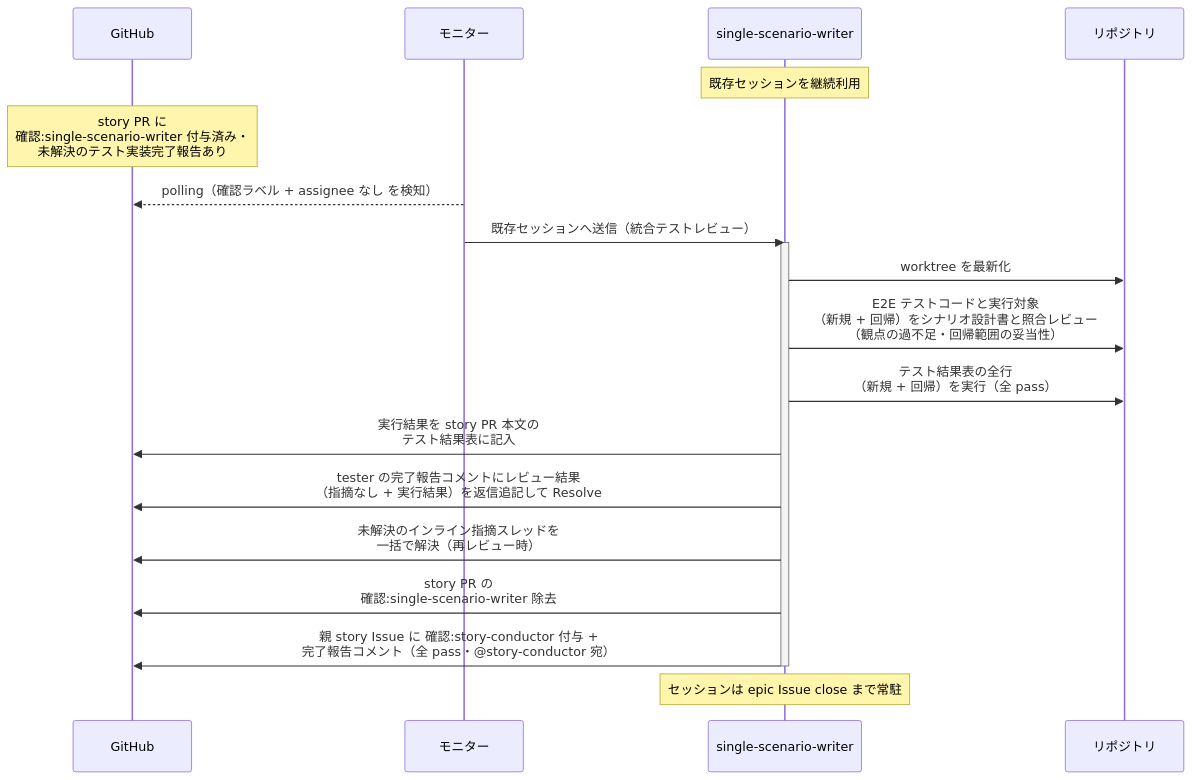
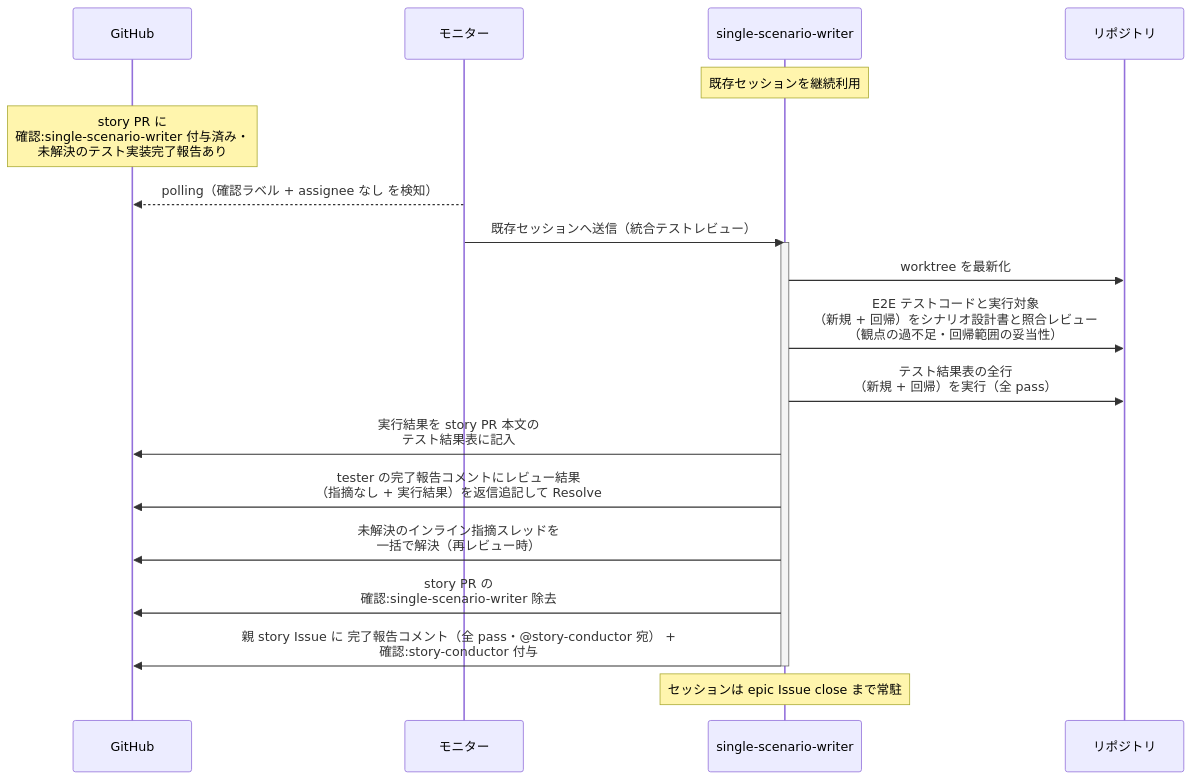
The first of 5 diagrams in docs/wiki/設計図/シナリオ/単一ユースケース/統合テストレビュー.md (shuhei1101/ai-monitor), drawn with Mermaid before and after one commit. The commit also changed other lines of this file and 29 other files, not shown here.

````diff
--- a/docs/wiki/設計図/シナリオ/単一ユースケース/統合テストレビュー.md
+++ b/docs/wiki/設計図/シナリオ/単一ユースケース/統合テストレビュー.md
@@ -38,23 +38,23 @@
 ```mermaid
 sequenceDiagram
   participant GH as GitHub
   participant ORC as モニター
   participant MON as single-scenario-writer
   participant REPO as リポジトリ
 
   Note over MON: 既存セッションを継続利用
   Note over GH: story PR に<br>確認:single-scenario-writer 付与済み・<br>未解決のテスト実装完了報告あり
   ORC-->>GH: polling（確認ラベル + assignee なし を検知）
   ORC->>MON: 既存セッションへ送信（統合テストレビュー）
   activate MON
   MON->>REPO: worktree を最新化
   MON->>REPO: E2E テストコードと実行対象<br>（新規 + 回帰）をシナリオ設計書と照合レビュー<br>（観点の過不足・回帰範囲の妥当性）
   MON->>REPO: テスト結果表の全行<br>（新規 + 回帰）を実行（全 pass）
   MON->>GH: 実行結果を story PR 本文の<br>テスト結果表に記入
   MON->>GH: tester の完了報告コメントにレビュー結果<br>（指摘なし + 実行結果）を返信追記して Resolve
   MON->>GH: 未解決のインライン指摘スレッドを<br>一括で解決（再レビュー時）
   MON->>GH: story PR の<br>確認:single-scenario-writer 除去
-  MON->>GH: 親 story Issue に 確認:story-conductor 付与 +<br>完了報告コメント（全 pass・@story-conductor 宛）
+  MON->>GH: 親 story Issue に 完了報告コメント（全 pass・@story-conductor 宛） +<br>確認:story-conductor 付与
   deactivate MON
   Note over MON: セッションは epic Issue close まで常駐
 ```
````
